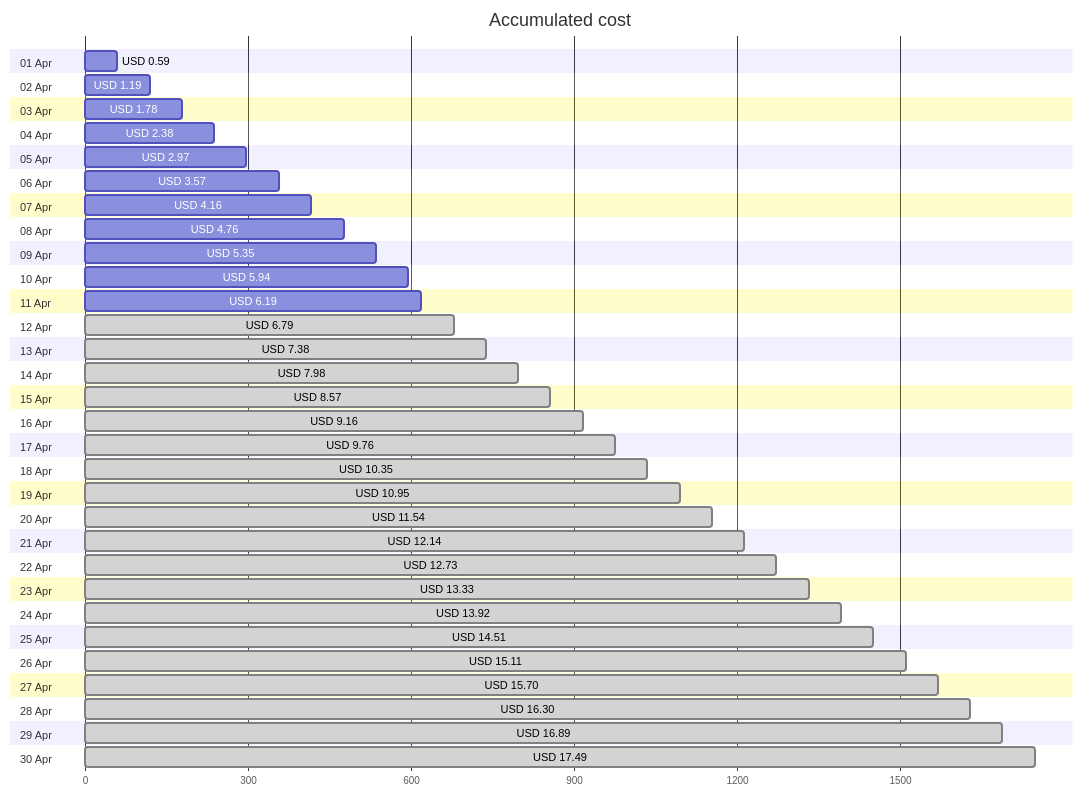
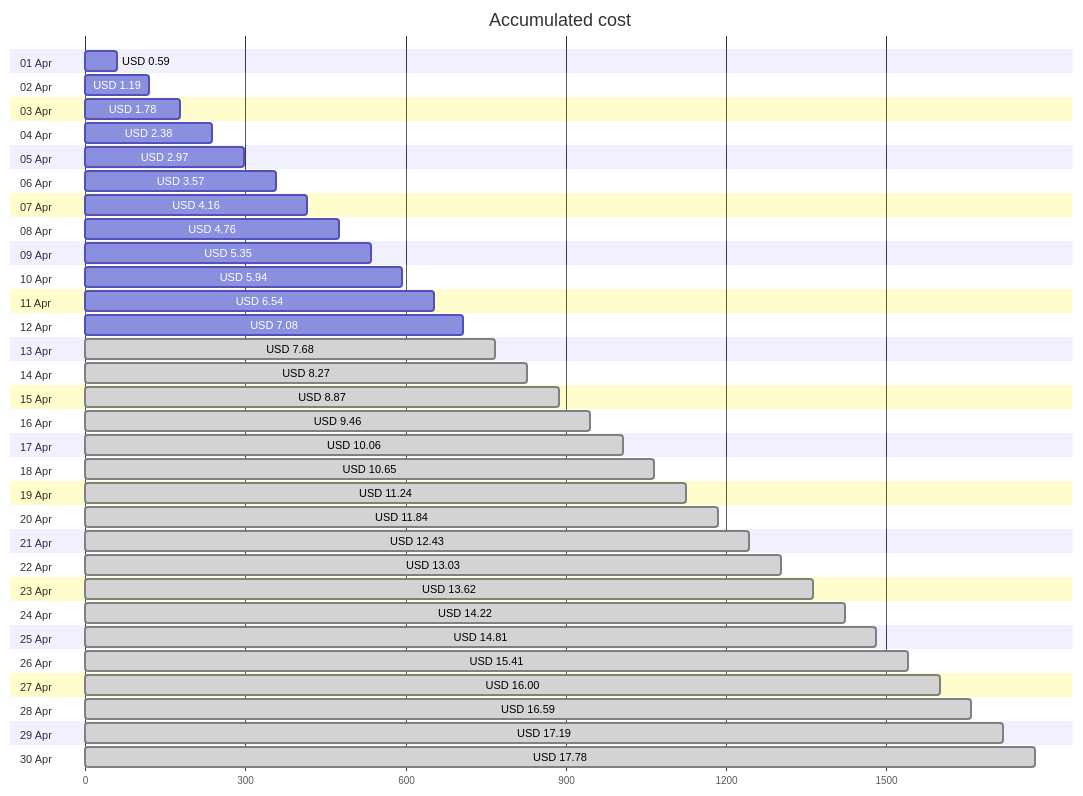
Before and after one commit to jpfulton/azure-personal-reports: the first of 4 diagrams in cost-reports/personal-site/README.md, drawn with Mermaid. The commit also changed other lines of this file and 6 other files, not shown here.

````diff
--- a/cost-reports/personal-site/README.md
+++ b/cost-reports/personal-site/README.md
@@ -20,66 +20,66 @@
 ```mermaid
 gantt
    title Accumulated cost
    dateFormat  X
    axisFormat %s
    section 01 Apr
    USD 0.59 :0, 59
    section 02 Apr
    USD 1.19 :0, 119
    section 03 Apr
    USD 1.78 :0, 178
    section 04 Apr
    USD 2.38 :0, 238
    section 05 Apr
    USD 2.97 :0, 297
    section 06 Apr
    USD 3.57 :0, 357
    section 07 Apr
    USD 4.16 :0, 416
    section 08 Apr
    USD 4.76 :0, 476
    section 09 Apr
    USD 5.35 :0, 535
    section 10 Apr
    USD 5.94 :0, 594
    section 11 Apr
-   USD 6.19 :0, 619
+   USD 6.54 :0, 654
    section 12 Apr
-   USD 6.79 : done, 0, 679
+   USD 7.08 :0, 708
    section 13 Apr
-   USD 7.38 : done, 0, 738
+   USD 7.68 : done, 0, 768
    section 14 Apr
-   USD 7.98 : done, 0, 798
+   USD 8.27 : done, 0, 827
    section 15 Apr
-   USD 8.57 : done, 0, 857
+   USD 8.87 : done, 0, 887
    section 16 Apr
-   USD 9.16 : done, 0, 916
+   USD 9.46 : done, 0, 946
    section 17 Apr
-   USD 9.76 : done, 0, 976
+   USD 10.06 : done, 0, 1006
    section 18 Apr
-   USD 10.35 : done, 0, 1035
+   USD 10.65 : done, 0, 1065
    section 19 Apr
-   USD 10.95 : done, 0, 1095
+   USD 11.24 : done, 0, 1124
    section 20 Apr
-   USD 11.54 : done, 0, 1154
+   USD 11.84 : done, 0, 1184
    section 21 Apr
-   USD 12.14 : done, 0, 1214
+   USD 12.43 : done, 0, 1243
    section 22 Apr
-   USD 12.73 : done, 0, 1273
+   USD 13.03 : done, 0, 1303
    section 23 Apr
-   USD 13.33 : done, 0, 1333
+   USD 13.62 : done, 0, 1362
    section 24 Apr
-   USD 13.92 : done, 0, 1392
+   USD 14.22 : done, 0, 1422
    section 25 Apr
-   USD 14.51 : done, 0, 1451
+   USD 14.81 : done, 0, 1481
    section 26 Apr
-   USD 15.11 : done, 0, 1511
+   USD 15.41 : done, 0, 1541
    section 27 Apr
-   USD 15.70 : done, 0, 1570
+   USD 16.00 : done, 0, 1600
    section 28 Apr
-   USD 16.30 : done, 0, 1630
+   USD 16.59 : done, 0, 1659
    section 29 Apr
-   USD 16.89 : done, 0, 1689
+   USD 17.19 : done, 0, 1719
    section 30 Apr
-   USD 17.49 : done, 0, 1749
+   USD 17.78 : done, 0, 1778
 ```
````
